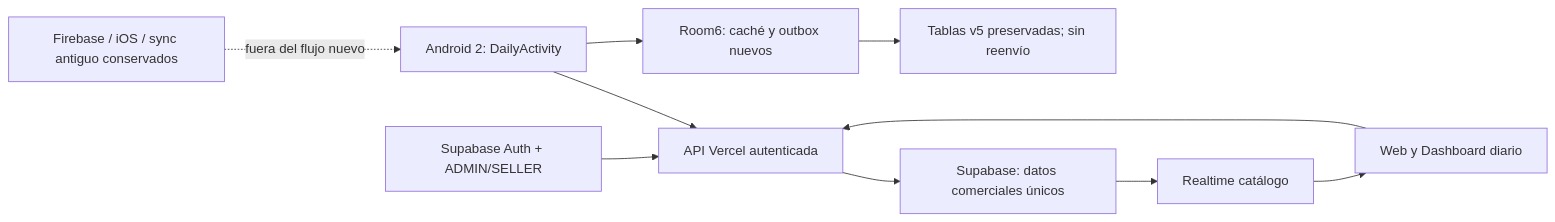
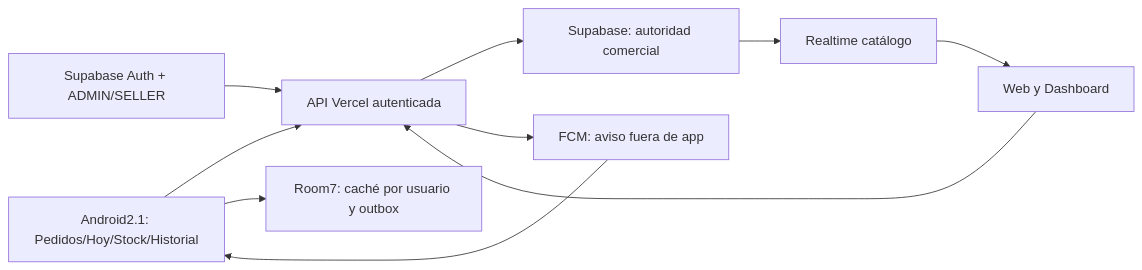
Before and after one commit to NotKingbryanPY/donas-racha: the diagram in docs/knowledge/diagrams/01-system.md, drawn with Mermaid. The commit also changed other lines of this file and 70 other files, not shown here.

````diff
--- a/docs/knowledge/diagrams/01-system.md
+++ b/docs/knowledge/diagrams/01-system.md
@@ -5,11 +5,10 @@
 ```mermaid
 flowchart LR
-  android["Android 2: DailyActivity"] --> api["API Vercel autenticada"]
-  web["Web y Dashboard diario"] --> api
-  api --> pg["Supabase: datos comerciales únicos"]
-  android --> room["Room6: caché y outbox nuevos"]
-  room --> saved["Tablas v5 preservadas; sin reenvío"]
+  android["Android2.1: Pedidos/Hoy/Stock/Historial"] --> api["API Vercel autenticada"]
+  web["Web y Dashboard"] --> api
+  api --> pg["Supabase: autoridad comercial"]
+  android --> room["Room7: caché por usuario y outbox"]
   auth["Supabase Auth + ADMIN/SELLER"] --> api
+  api --> fcm["FCM: aviso fuera de app"] --> android
   pg --> rt["Realtime catálogo"] --> web
-  legacy["Firebase / iOS / sync antiguo conservados"] -. fuera del flujo nuevo .-> android
 ```
````
